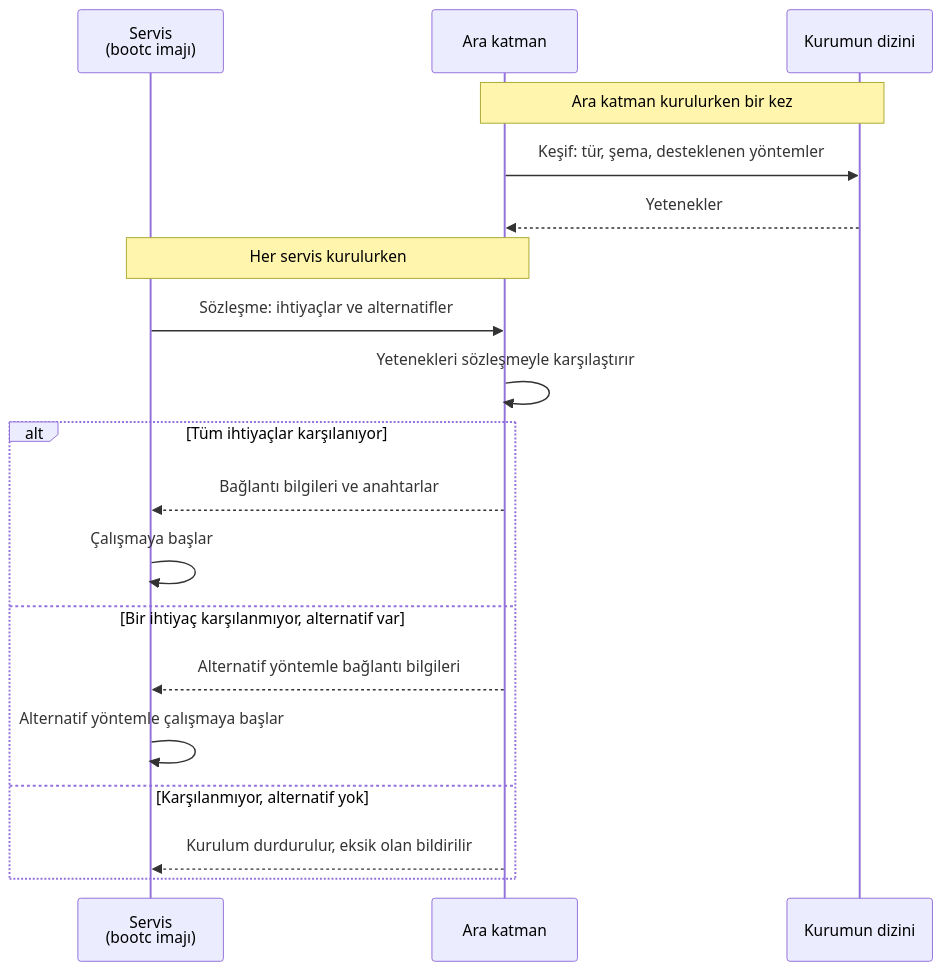
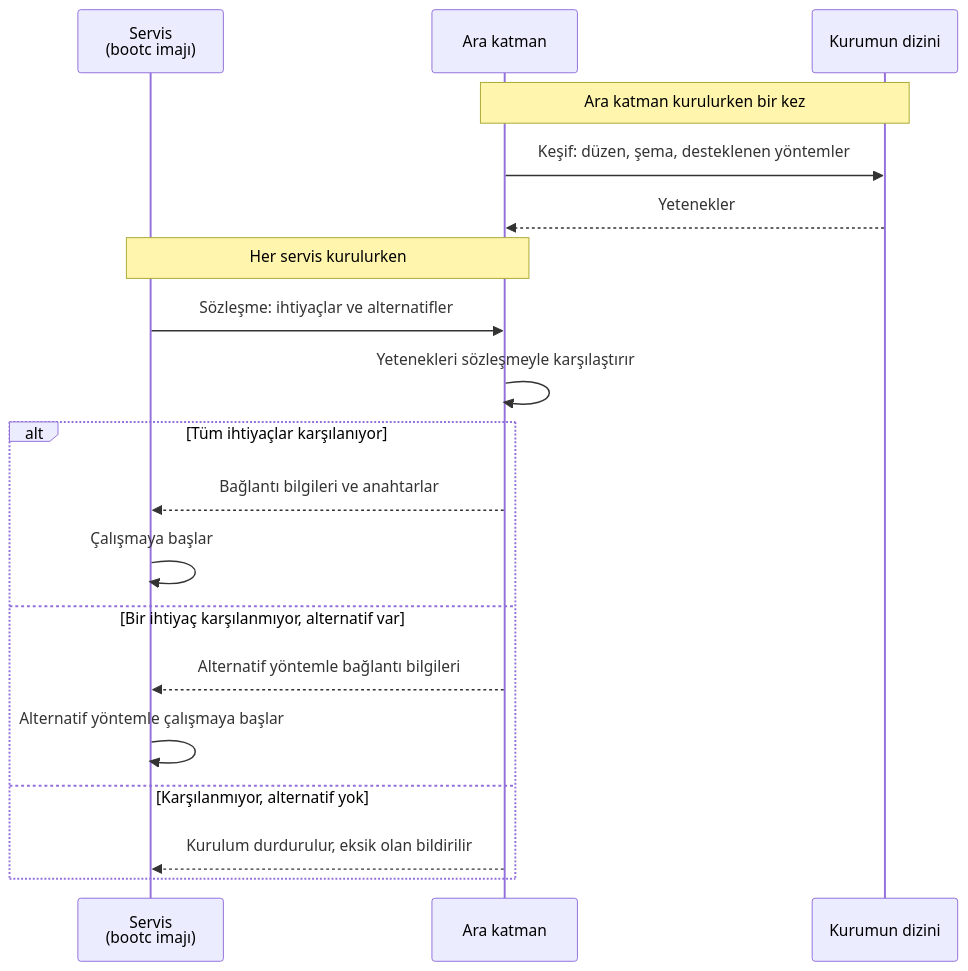
Before and after one commit to Librenfra/librenfra: the second of 3 diagrams in docs/03-entegrasyon.md, drawn with Mermaid. The commit also changed other lines of this file and 1 other file, not shown here.

````diff
--- a/docs/03-entegrasyon.md
+++ b/docs/03-entegrasyon.md
@@ -193,23 +214,23 @@
 ```mermaid
 sequenceDiagram
     participant S as Servis<br/>(bootc imajı)
     participant A as Ara katman
     participant D as Kurumun dizini
 
     Note over A,D: Ara katman kurulurken bir kez
-    A->>D: Keşif: tür, şema, desteklenen yöntemler
+    A->>D: Keşif: düzen, şema, desteklenen yöntemler
     D-->>A: Yetenekler
 
     Note over S,A: Her servis kurulurken
     S->>A: Sözleşme: ihtiyaçlar ve alternatifler
     A->>A: Yetenekleri sözleşmeyle karşılaştırır
     alt Tüm ihtiyaçlar karşılanıyor
         A-->>S: Bağlantı bilgileri ve anahtarlar
         S->>S: Çalışmaya başlar
     else Bir ihtiyaç karşılanmıyor, alternatif var
         A-->>S: Alternatif yöntemle bağlantı bilgileri
         S->>S: Alternatif yöntemle çalışmaya başlar
     else Karşılanmıyor, alternatif yok
         A-->>S: Kurulum durdurulur, eksik olan bildirilir
     end
 ```
````
